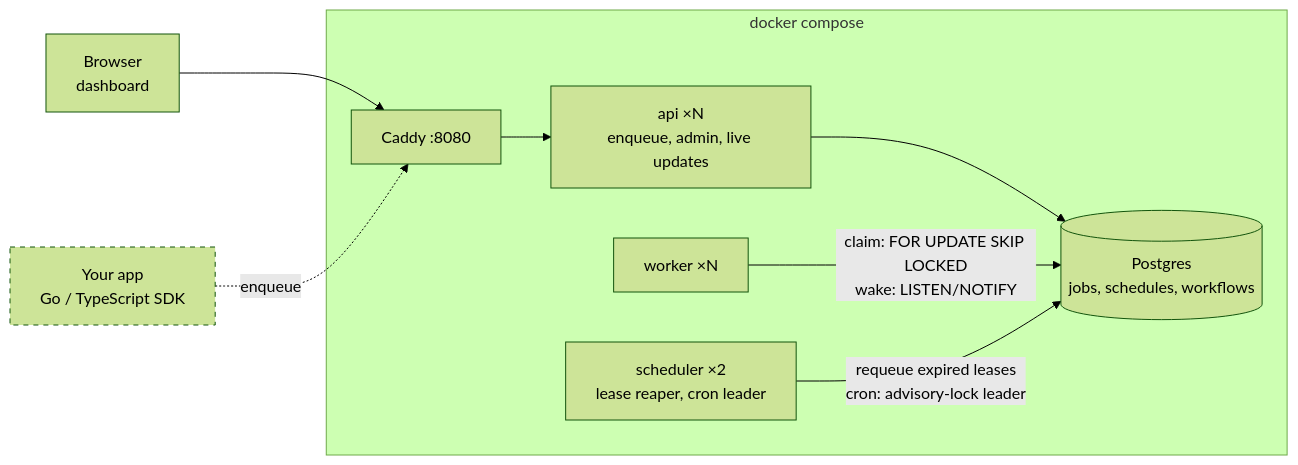
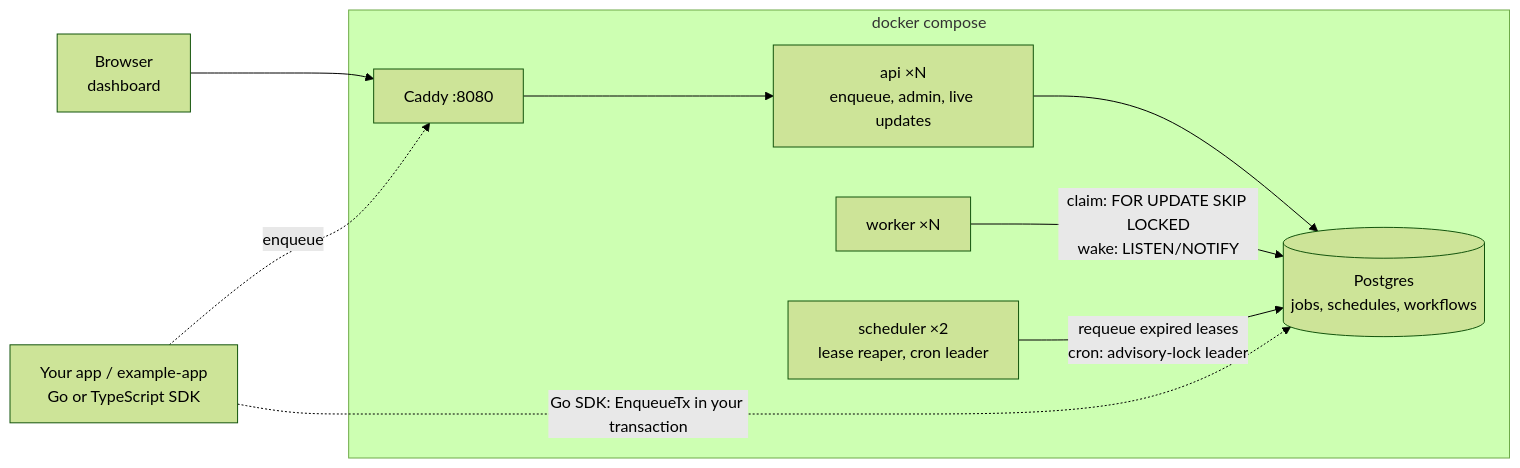
The first of 2 diagrams in README.md (gonzalo-gigena/job-queue), drawn with Mermaid (forest theme) before and after one commit. The commit also changed other lines of this file and 23 other files, not shown here.

````diff
--- a/README.md
+++ b/README.md
@@ -183,20 +226,19 @@
 ```mermaid
 flowchart LR
   browser["Browser<br/>dashboard"]
-  app["Your app<br/>Go / TypeScript SDK"]
+  app["Your app / example-app<br/>Go or TypeScript SDK"]
   subgraph stack["docker compose"]
     caddy["Caddy :8080"]
     api["api ×N<br/>enqueue, admin, live updates"]
     worker["worker ×N"]
     sched["scheduler ×2<br/>lease reaper, cron leader"]
     db[("Postgres<br/>jobs, schedules, workflows")]
   end
   browser --> caddy
   app -.->|"enqueue"| caddy
   caddy --> api
   api --> db
   worker -->|"claim: FOR UPDATE SKIP LOCKED<br/>wake: LISTEN/NOTIFY"| db
   sched -->|"requeue expired leases<br/>cron: advisory-lock leader"| db
-  class app planned
-  classDef planned stroke-dasharray: 5 5
+  app -.->|"Go SDK: EnqueueTx in your transaction"| db
 ```
````
